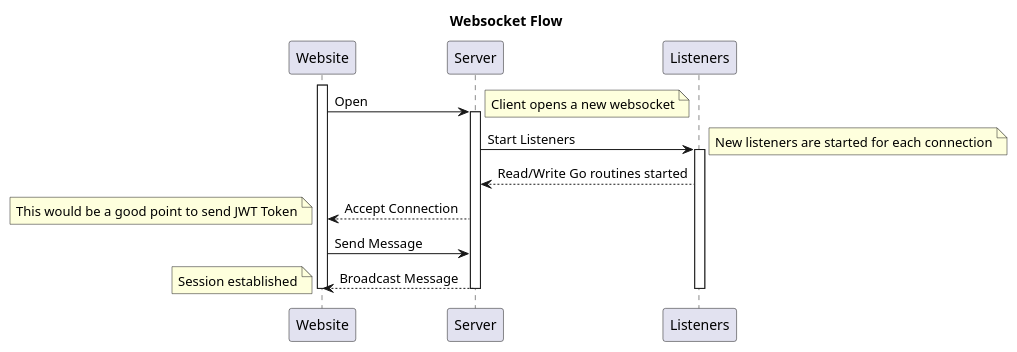
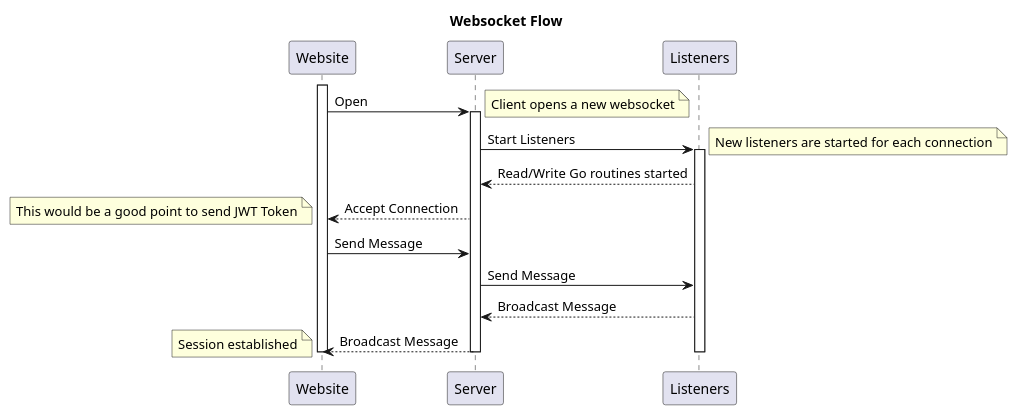
The first of 2 diagrams in presentation/presentation.org (gtarcea/1DevDayTalk2014), drawn with PlantUML before and after one commit. The commit also changed other lines of this file and 3 other files, not shown here.

```diff
--- a/presentation/presentation.org
+++ b/presentation/presentation.org
@@ -239,19 +241,21 @@
 #+BEGIN_SRC plantuml :file websockets.png
 title Websocket Flow
 activate Website
 Website -> Server: Open
 note right: Client opens a new websocket
 activate Server
 Server -> Listeners: Start Listeners
 note right: New listeners are started for each connection
 activate Listeners
 Server <-- Listeners: Read/Write Go routines started
 Website <-- Server: Accept Connection
 note left: This would be a good point to send JWT Token
 Website -> Server: Send Message
+Server -> Listeners: Send Message
+Server <-- Listeners: Broadcast Message
 Website <-- Server: Broadcast Message
 note left: Session established
 deactivate Server
 deactivate Website
 deactivate Listeners
 #+END_SRC
```
